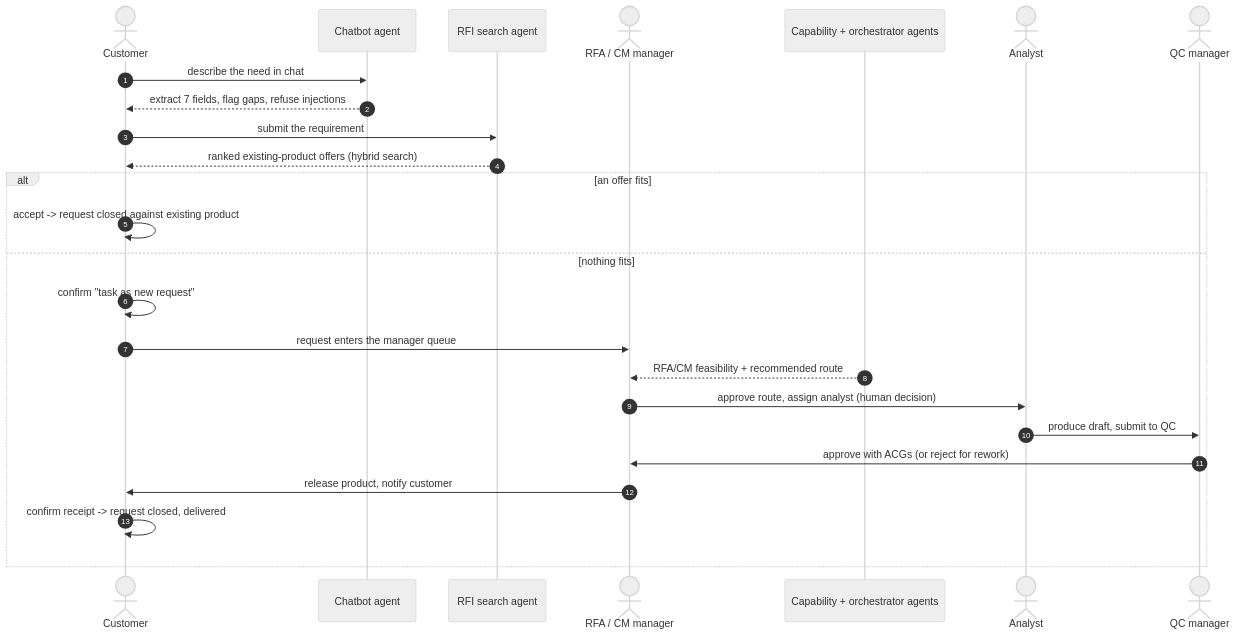
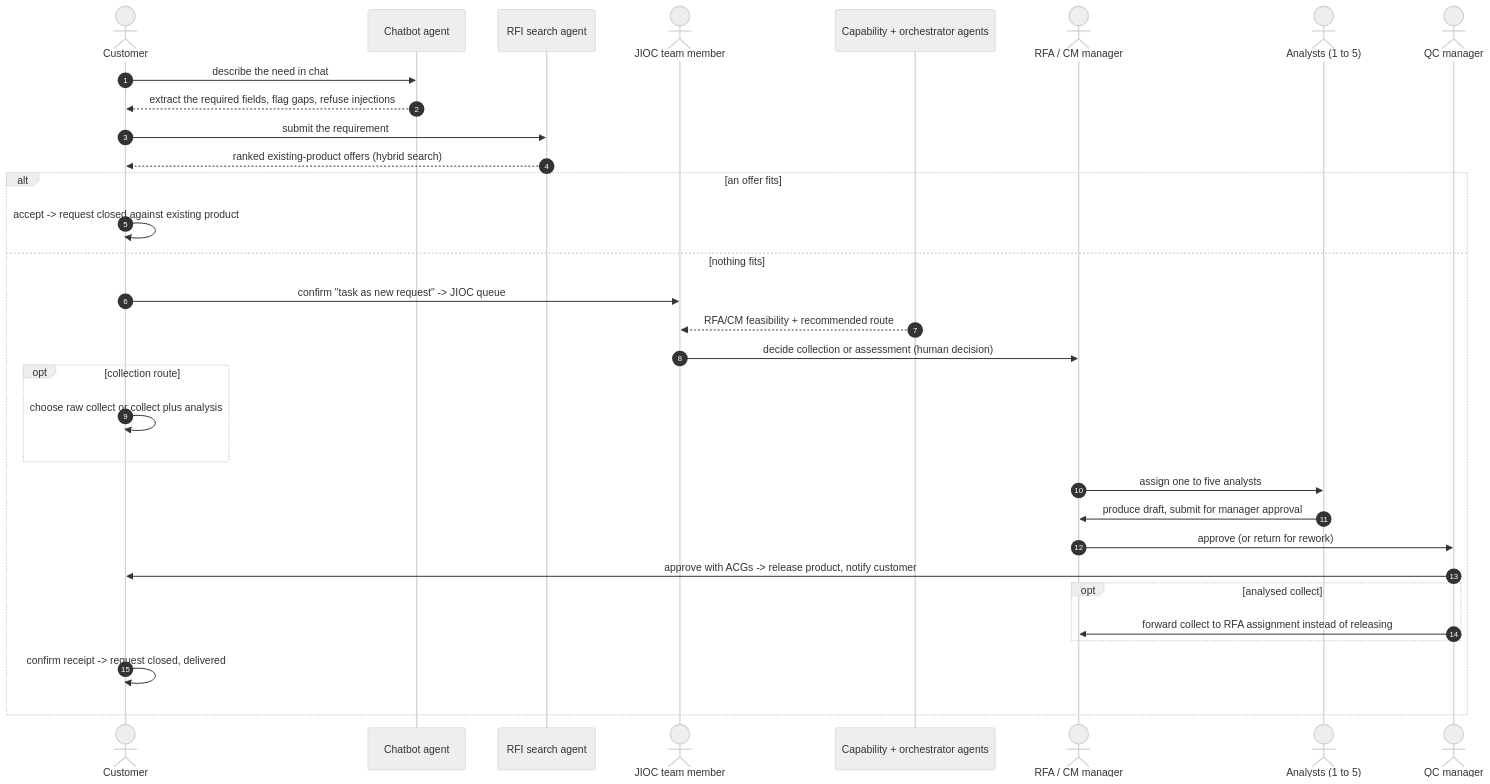
The second of 4 diagrams in docs/ARCHITECTURE_WORKFLOW.md (ShabalalaWATP/Coeus), drawn with Mermaid (neutral theme) before and after one commit. The commit also changed other lines of this file and 370 other files, not shown here.

````diff
--- a/docs/ARCHITECTURE_WORKFLOW.md
+++ b/docs/ARCHITECTURE_WORKFLOW.md
@@ -64,28 +68,35 @@
 ```mermaid
 sequenceDiagram
     autonumber
     actor C as Customer
     participant CB as Chatbot agent
     participant RFI as RFI search agent
+    actor J as JIOC team member
+    participant CAP as Capability + orchestrator agents
     actor M as RFA / CM manager
-    participant CAP as Capability + orchestrator agents
-    actor A as Analyst
+    actor A as Analysts (1 to 5)
     actor Q as QC manager
 
     C->>CB: describe the need in chat
-    CB-->>C: extract 7 fields, flag gaps, refuse injections
+    CB-->>C: extract the required fields, flag gaps, refuse injections
     C->>RFI: submit the requirement
     RFI-->>C: ranked existing-product offers (hybrid search)
     alt an offer fits
         C->>C: accept -> request closed against existing product
     else nothing fits
-        C->>C: confirm "task as new request"
-        C->>M: request enters the manager queue
-        CAP-->>M: RFA/CM feasibility + recommended route
-        M->>A: approve route, assign analyst (human decision)
-        A->>Q: produce draft, submit to QC
-        Q->>M: approve with ACGs (or reject for rework)
-        M->>C: release product, notify customer
+        C->>J: confirm "task as new request" -> JIOC queue
+        CAP-->>J: RFA/CM feasibility + recommended route
+        J->>M: decide collection or assessment (human decision)
+        opt collection route
+            C->>C: choose raw collect or collect plus analysis
+        end
+        M->>A: assign one to five analysts
+        A->>M: produce draft, submit for manager approval
+        M->>Q: approve (or return for rework)
+        Q->>C: approve with ACGs -> release product, notify customer
+        opt analysed collect
+            Q->>M: forward collect to RFA assignment instead of releasing
+        end
         C->>C: confirm receipt -> request closed, delivered
     end
 ```
````
